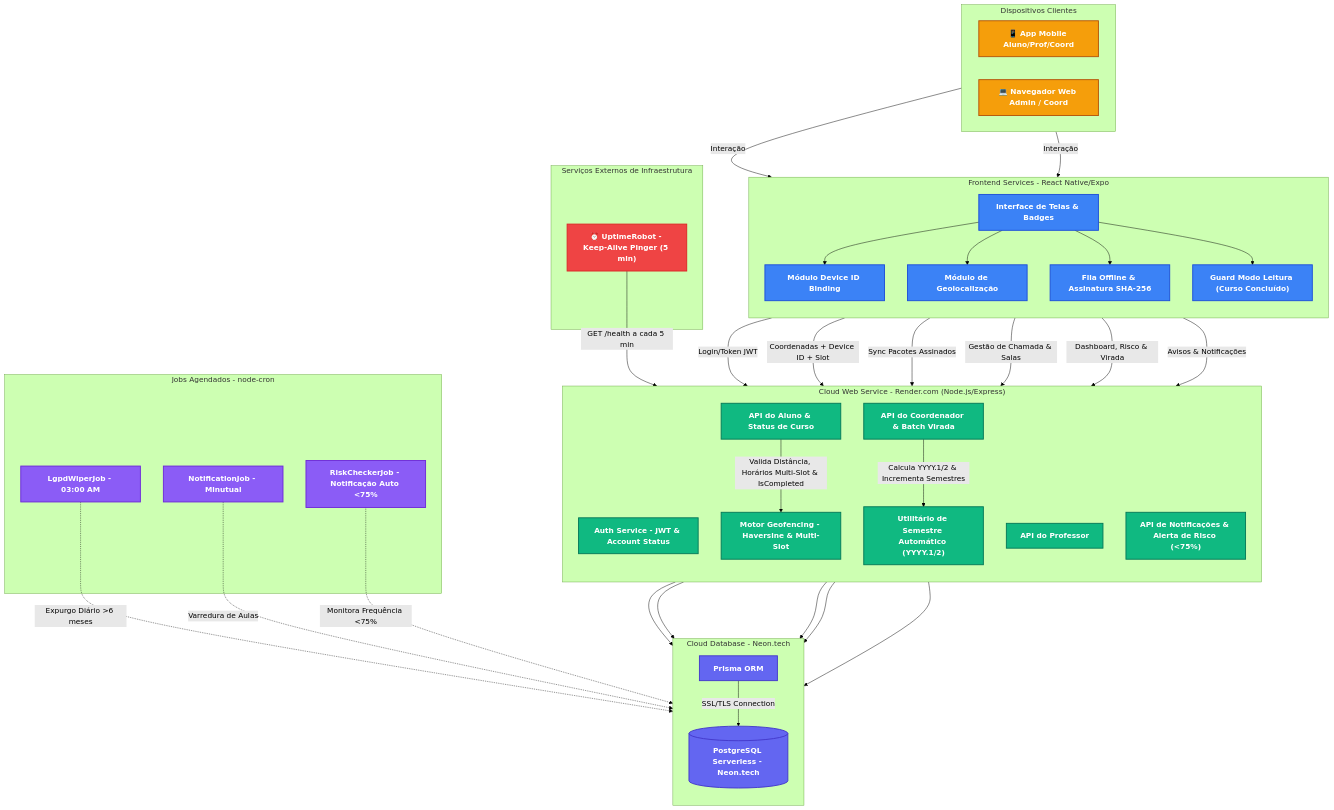
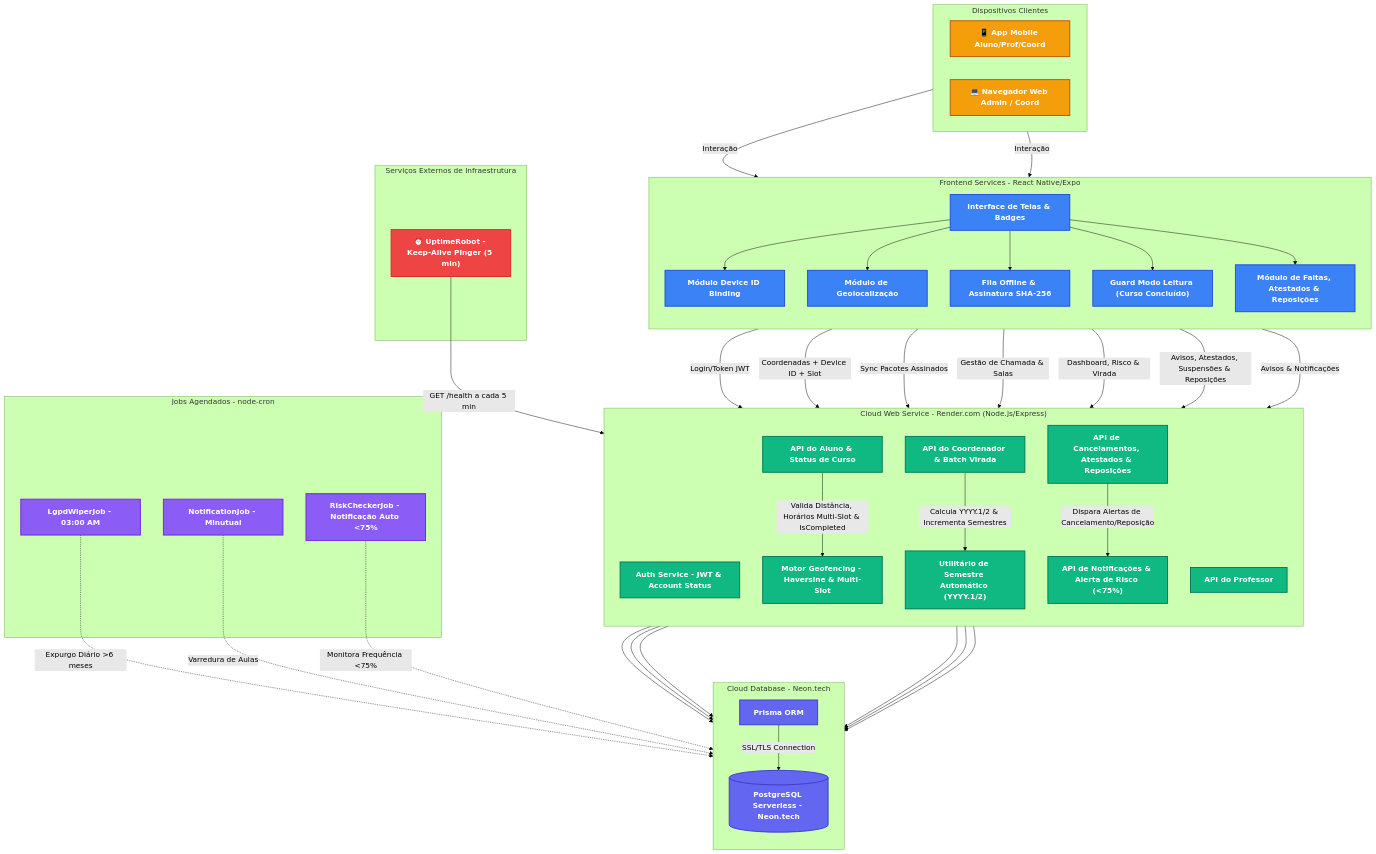
The diagram in documentacao/diagramas/arquitetura.md (caneschi-lais/geoclass), drawn with Mermaid (forest theme) before and after one commit. The commit also changed 4 other files, not shown here.

Commit message:
docs: update diagrams and data dictionary with cancellations, replacements, and semester features

```diff
--- a/documentacao/diagramas/arquitetura.md
+++ b/documentacao/diagramas/arquitetura.md
@@ -33,6 +33,7 @@
         GPS["Módulo de Geolocalização"]:::frontend
         OfflineQ["Fila Offline & Assinatura SHA-256"]:::frontend
         ReadOnlyGuard["Guard Modo Leitura (Curso Concluído)"]:::frontend
+        AbsenceModule["Módulo de Faltas, Atestados & Reposições"]:::frontend
     end
 
     subgraph Backend ["Cloud Web Service - Render.com (Node.js/Express)"]
@@ -42,6 +43,7 @@
         StudentAPI["API do Aluno & Status de Curso"]:::backend
         ProfAPI["API do Professor"]:::backend
         CoordAPI["API do Coordenador & Batch Virada"]:::backend
+        CancellationAPI["API de Cancelamentos, Atestados & Reposições"]:::backend
         NotifAPI["API de Notificações & Alerta de Risco (<75%)"]:::backend
         SemUtil["Utilitário de Semestre Automático (YYYY.1/2)"]:::backend
     end
@@ -70,6 +72,7 @@
     UI --> GPS
     UI --> OfflineQ
     UI --> ReadOnlyGuard
+    UI --> AbsenceModule
 
     %% Comunicação Frontend -> Render API
     UI -->|Login/Token JWT| Auth
@@ -77,15 +80,18 @@
     OfflineQ -->|Sync Pacotes Assinados| StudentAPI
     UI -->|Gestão de Chamada & Salas| ProfAPI
     UI -->|Dashboard, Risco & Virada| CoordAPI
+    AbsenceModule -->|Avisos, Atestados, Suspensões & Reposições| CancellationAPI
     UI -->|Avisos & Notificações| NotifAPI
 
     %% Fluxos Internos do Backend
     StudentAPI -->|Valida Distância, Horários Multi-Slot & IsCompleted| GeoEngine
     CoordAPI -->|Calcula YYYY.1/2 & Incrementa Semestres| SemUtil
+    CancellationAPI -->|Dispara Alertas de Cancelamento/Reposição| NotifAPI
     Auth --> ORM
     StudentAPI --> ORM
     ProfAPI --> ORM
     CoordAPI --> ORM
+    CancellationAPI --> ORM
     NotifAPI --> ORM
 
     %% Camada de Persistência em Nuvem
```
